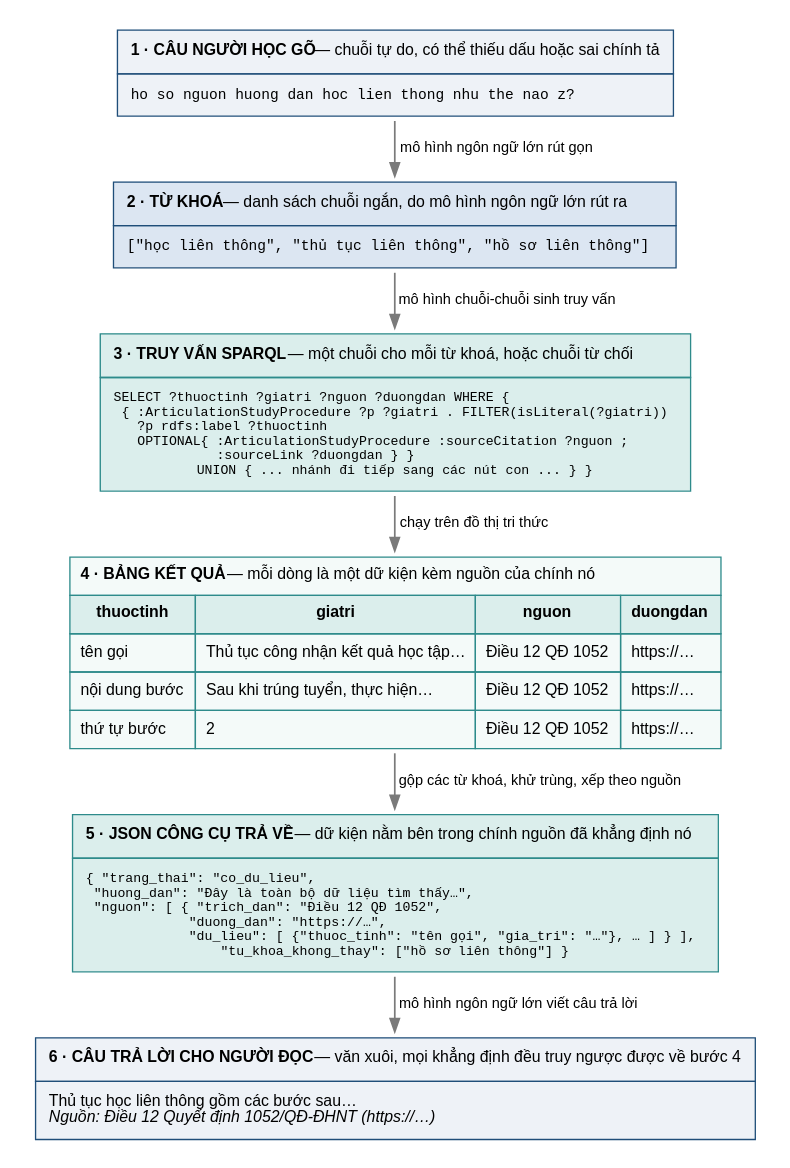
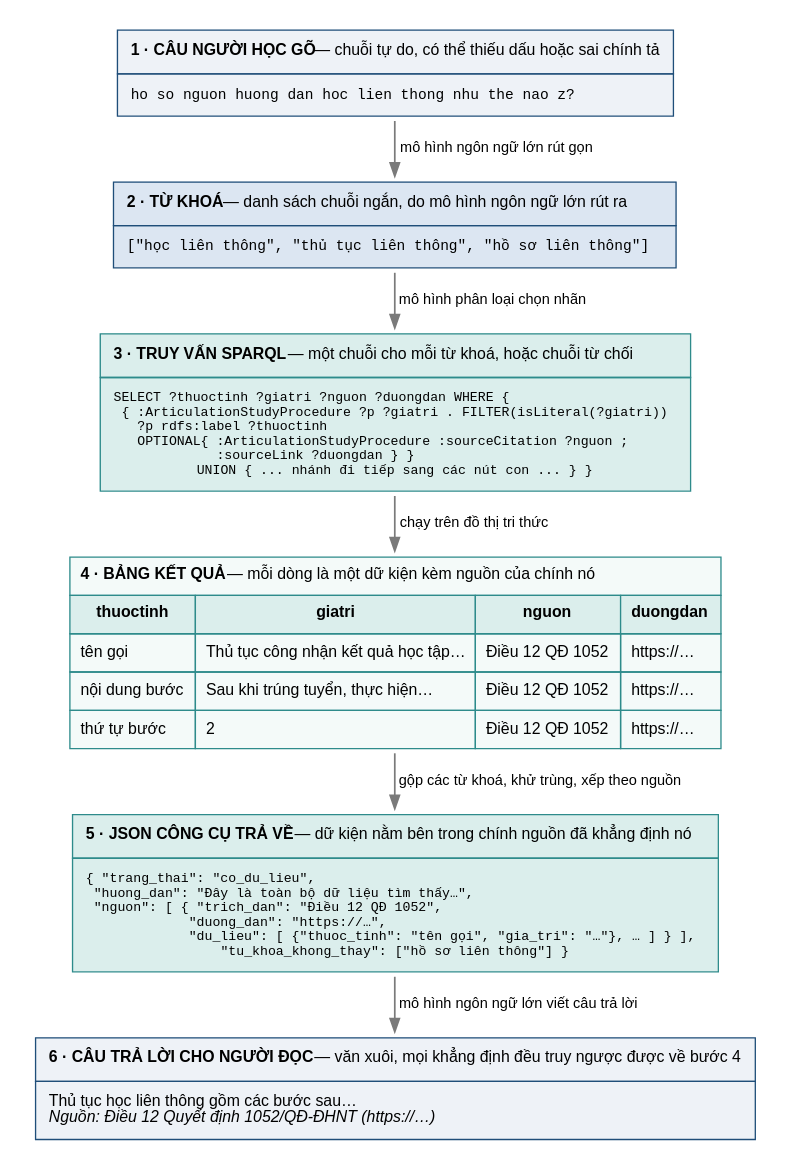
One commit to vpthinh19/ontology-chatbot changed the diagram in artifacts/figures/data-shape.dot. Above: the diagram before and after it, drawn with Graphviz. The commit also changed 152 other files, not shown here.

```diff
--- a/artifacts/figures/data-shape.dot
+++ b/artifacts/figures/data-shape.dot
@@ -1,51 +1,51 @@
 digraph hinh_dang {
   pad=0.15;
   rankdir=TB; bgcolor="white"; nodesep=0.3; ranksep=0.42;
   node [shape=plaintext, fontname="Liberation Sans", fontsize=12];
   edge [fontname="Liberation Sans", fontsize=11, color="#7a7a7a", penwidth=1.3];
 
   b1 [label=<
     <TABLE BORDER="0" CELLBORDER="1" CELLSPACING="0" CELLPADDING="9" BGCOLOR="#eef2f7" COLOR="#1f4e79">
       <TR><TD ALIGN="LEFT"><B>1 · CÂU NGƯỜI HỌC GÕ</B> &#8212; chuỗi tự do, có thể thiếu dấu hoặc sai chính tả</TD></TR>
       <TR><TD ALIGN="LEFT"><FONT FACE="Liberation Mono" POINT-SIZE="11">ho so nguon huong dan hoc lien thong nhu the nao z?</FONT></TD></TR>
     </TABLE>>];
 
   b2 [label=<
     <TABLE BORDER="0" CELLBORDER="1" CELLSPACING="0" CELLPADDING="9" BGCOLOR="#dce6f2" COLOR="#1f4e79">
       <TR><TD ALIGN="LEFT"><B>2 · TỪ KHOÁ</B> &#8212; danh sách chuỗi ngắn, do mô hình ngôn ngữ lớn rút ra</TD></TR>
       <TR><TD ALIGN="LEFT"><FONT FACE="Liberation Mono" POINT-SIZE="11">["học liên thông", "thủ tục liên thông", "hồ sơ liên thông"]</FONT></TD></TR>
     </TABLE>>];
 
   b3 [label=<
     <TABLE BORDER="0" CELLBORDER="1" CELLSPACING="0" CELLPADDING="9" BGCOLOR="#dbeeec" COLOR="#2e8b8b">
       <TR><TD ALIGN="LEFT"><B>3 · TRUY VẤN SPARQL</B> &#8212; một chuỗi cho mỗi từ khoá, hoặc chuỗi từ chối</TD></TR>
       <TR><TD ALIGN="LEFT"><FONT FACE="Liberation Mono" POINT-SIZE="10">SELECT ?thuoctinh ?giatri ?nguon ?duongdan WHERE {<BR ALIGN="LEFT"/>  { :ArticulationStudyProcedure ?p ?giatri . FILTER(isLiteral(?giatri))<BR ALIGN="LEFT"/>    ?p rdfs:label ?thuoctinh<BR ALIGN="LEFT"/>    OPTIONAL{ :ArticulationStudyProcedure :sourceCitation ?nguon ;<BR ALIGN="LEFT"/>              :sourceLink ?duongdan } }<BR ALIGN="LEFT"/>  UNION { ... nhánh đi tiếp sang các nút con ... } }</FONT></TD></TR>
     </TABLE>>];
 
   b4 [label=<
     <TABLE BORDER="0" CELLBORDER="1" CELLSPACING="0" CELLPADDING="7" BGCOLOR="#f4faf9" COLOR="#2e8b8b">
       <TR><TD ALIGN="LEFT" COLSPAN="4"><B>4 · BẢNG KẾT QUẢ</B> &#8212; mỗi dòng là một dữ kiện kèm nguồn của chính nó</TD></TR>
       <TR><TD BGCOLOR="#dbeeec"><B>thuoctinh</B></TD><TD BGCOLOR="#dbeeec"><B>giatri</B></TD><TD BGCOLOR="#dbeeec"><B>nguon</B></TD><TD BGCOLOR="#dbeeec"><B>duongdan</B></TD></TR>
       <TR><TD ALIGN="LEFT">tên gọi</TD><TD ALIGN="LEFT">Thủ tục công nhận kết quả học tập…</TD><TD ALIGN="LEFT">Điều 12 QĐ 1052</TD><TD ALIGN="LEFT">https://…</TD></TR>
       <TR><TD ALIGN="LEFT">nội dung bước</TD><TD ALIGN="LEFT">Sau khi trúng tuyển, thực hiện…</TD><TD ALIGN="LEFT">Điều 12 QĐ 1052</TD><TD ALIGN="LEFT">https://…</TD></TR>
       <TR><TD ALIGN="LEFT">thứ tự bước</TD><TD ALIGN="LEFT">2</TD><TD ALIGN="LEFT">Điều 12 QĐ 1052</TD><TD ALIGN="LEFT">https://…</TD></TR>
     </TABLE>>];
 
   b5 [label=<
     <TABLE BORDER="0" CELLBORDER="1" CELLSPACING="0" CELLPADDING="9" BGCOLOR="#dbeeec" COLOR="#2e8b8b">
       <TR><TD ALIGN="LEFT"><B>5 · JSON CÔNG CỤ TRẢ VỀ</B> &#8212; dữ kiện nằm bên trong chính nguồn đã khẳng định nó</TD></TR>
       <TR><TD ALIGN="LEFT"><FONT FACE="Liberation Mono" POINT-SIZE="10">{ "trang_thai": "co_du_lieu",<BR ALIGN="LEFT"/>  "huong_dan": "Đây là toàn bộ dữ liệu tìm thấy…",<BR ALIGN="LEFT"/>  "nguon": [ { "trich_dan": "Điều 12 QĐ 1052",<BR ALIGN="LEFT"/>              "duong_dan": "https://…",<BR ALIGN="LEFT"/>              "du_lieu": [ {"thuoc_tinh": "tên gọi", "gia_tri": "…"}, … ] } ],<BR ALIGN="LEFT"/>  "tu_khoa_khong_thay": ["hồ sơ liên thông"] }</FONT></TD></TR>
     </TABLE>>];
 
   b6 [label=<
     <TABLE BORDER="0" CELLBORDER="1" CELLSPACING="0" CELLPADDING="9" BGCOLOR="#eef2f7" COLOR="#1f4e79">
       <TR><TD ALIGN="LEFT"><B>6 · CÂU TRẢ LỜI CHO NGƯỜI ĐỌC</B> &#8212; văn xuôi, mọi khẳng định đều truy ngược được về bước 4</TD></TR>
       <TR><TD ALIGN="LEFT">Thủ tục học liên thông gồm các bước sau… <BR ALIGN="LEFT"/><I>Nguồn: Điều 12 Quyết định 1052/QĐ-ĐHNT (https://…)</I></TD></TR>
     </TABLE>>];
 
   b1 -> b2 [label="  mô hình ngôn ngữ lớn rút gọn  "];
-  b2 -> b3 [label="  mô hình chuỗi-chuỗi sinh truy vấn  "];
+  b2 -> b3 [label="  mô hình phân loại chọn nhãn  "];
   b3 -> b4 [label="  chạy trên đồ thị tri thức  "];
   b4 -> b5 [label="  gộp các từ khoá, khử trùng, xếp theo nguồn  "];
   b5 -> b6 [label="  mô hình ngôn ngữ lớn viết câu trả lời  "];
 }
```
